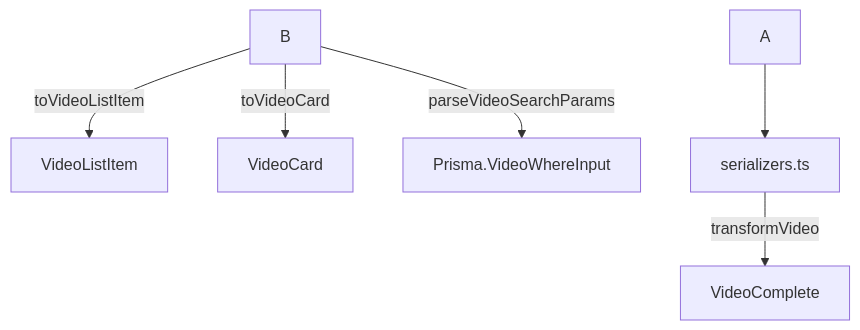
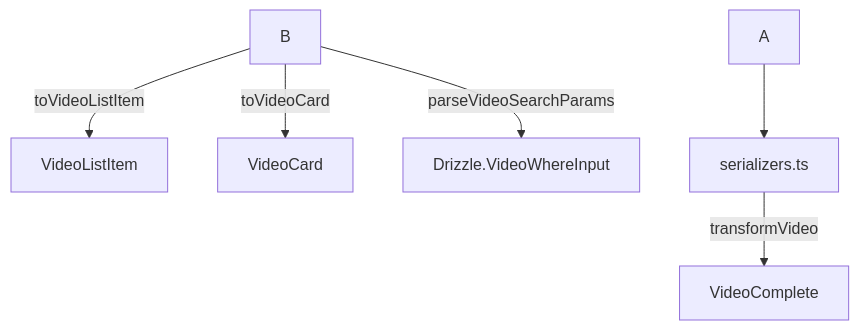
The diagram in src/transformers/video/documentation.md (gvastethecreator/media-manager), drawn with Mermaid before and after one commit. The commit also changed 126 other files, not shown here.

````diff
--- a/src/transformers/video/documentation.md
+++ b/src/transformers/video/documentation.md
@@ -11,9 +11,9 @@
 ```mermaid
 flowchart TD
     
     B -->|toVideoListItem| C[VideoListItem]
     B -->|toVideoCard| D[VideoCard]
-    B -->|parseVideoSearchParams| E[Prisma.VideoWhereInput]
+    B -->|parseVideoSearchParams| E[Drizzle.VideoWhereInput]
     A --> F[serializers.ts]
     F -->|transformVideo| G[VideoComplete]
 ```
````
